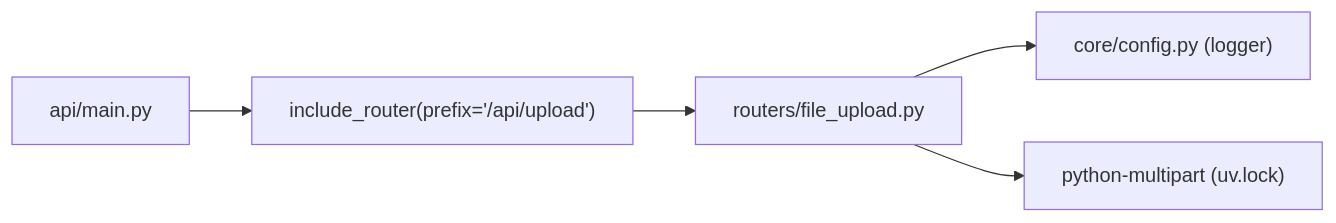
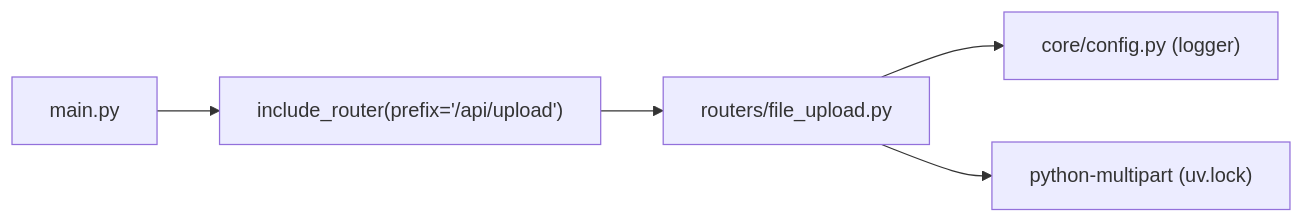
One commit to tashifkhan/tashif.codes changed the fourth of 4 diagrams in src/data/docs/agentic-browser/API Server/File Upload API.md. Above: the diagram before and after it, drawn with Mermaid. The commit also changed other lines of this file and 2128 other files, not shown here.

First line of the commit message:
docs: replace raster diagram images with native Mermaid across project guides

````diff
--- a/src/data/docs/agentic-browser/API Server/File Upload API.md
+++ b/src/data/docs/agentic-browser/API Server/File Upload API.md
@@ -173,7 +164,7 @@
 ```mermaid
 graph LR
-MAIN["api/main.py"] --> REG["include_router(prefix='/api/upload')"]
+MAIN["main.py"] --> REG["include_router(prefix='/api/upload')"]
 REG --> ROUTER["routers/file_upload.py"]
 ROUTER --> LOG["core/config.py (logger)"]
 ROUTER --> DEP["python-multipart (uv.lock)"]
 ```
````
